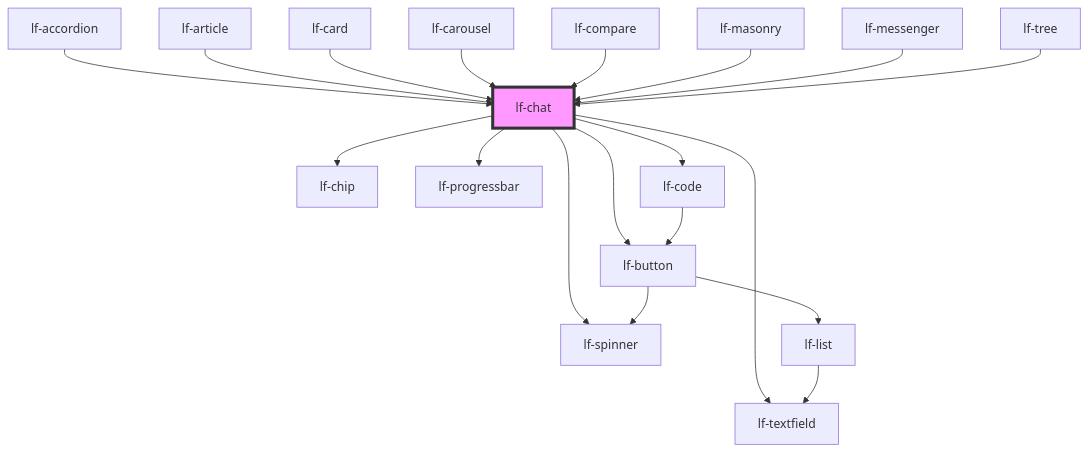
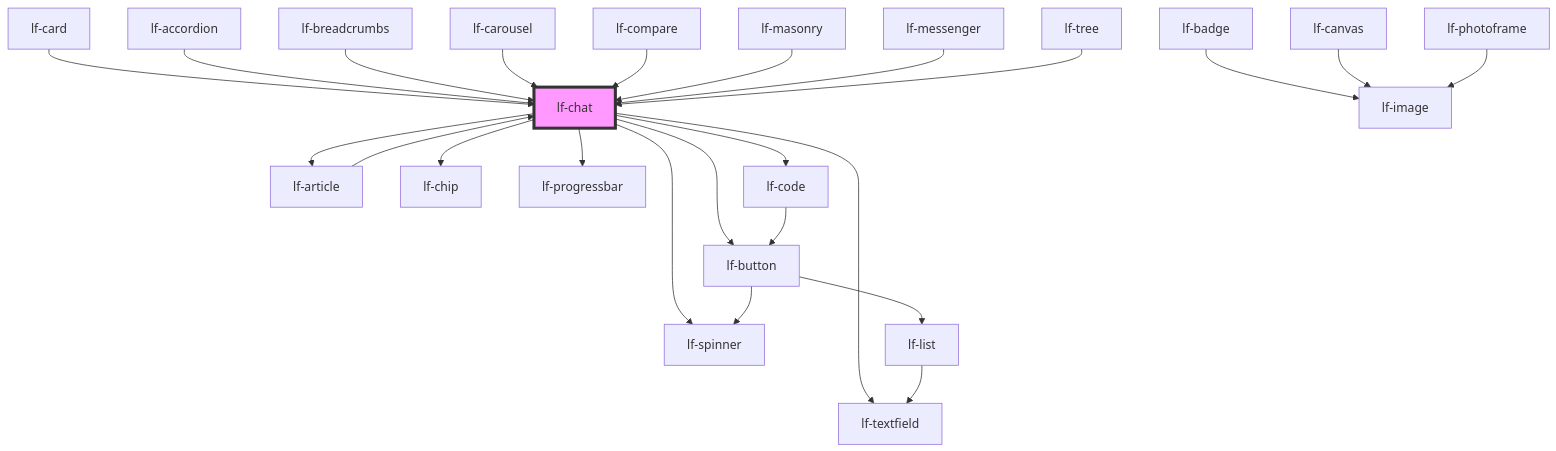
The diagram in packages/core/src/components/lf-chat/readme.md (lucafoscili/lf-widgets), drawn with Mermaid before and after one commit. The commit also changed other lines of this file and 229 other files, not shown here.

````diff
--- a/packages/core/src/components/lf-chat/readme.md
+++ b/packages/core/src/components/lf-chat/readme.md
@@ -283,22 +286,27 @@
 ```mermaid
 graph TD;
   lf-chat --> lf-spinner
+  lf-chat --> lf-article
   lf-chat --> lf-button
   lf-chat --> lf-chip
   lf-chat --> lf-textfield
   lf-chat --> lf-progressbar
   lf-chat --> lf-code
+  lf-article --> lf-chat
+  lf-badge --> lf-image
   lf-button --> lf-list
   lf-button --> lf-spinner
   lf-list --> lf-textfield
+  lf-canvas --> lf-image
+  lf-card --> lf-chat
   lf-code --> lf-button
+  lf-photoframe --> lf-image
   lf-accordion --> lf-chat
-  lf-article --> lf-chat
-  lf-card --> lf-chat
+  lf-breadcrumbs --> lf-chat
   lf-carousel --> lf-chat
   lf-compare --> lf-chat
   lf-masonry --> lf-chat
   lf-messenger --> lf-chat
   lf-tree --> lf-chat
   style lf-chat fill:#f9f,stroke:#333,stroke-width:4px
 ```
````
